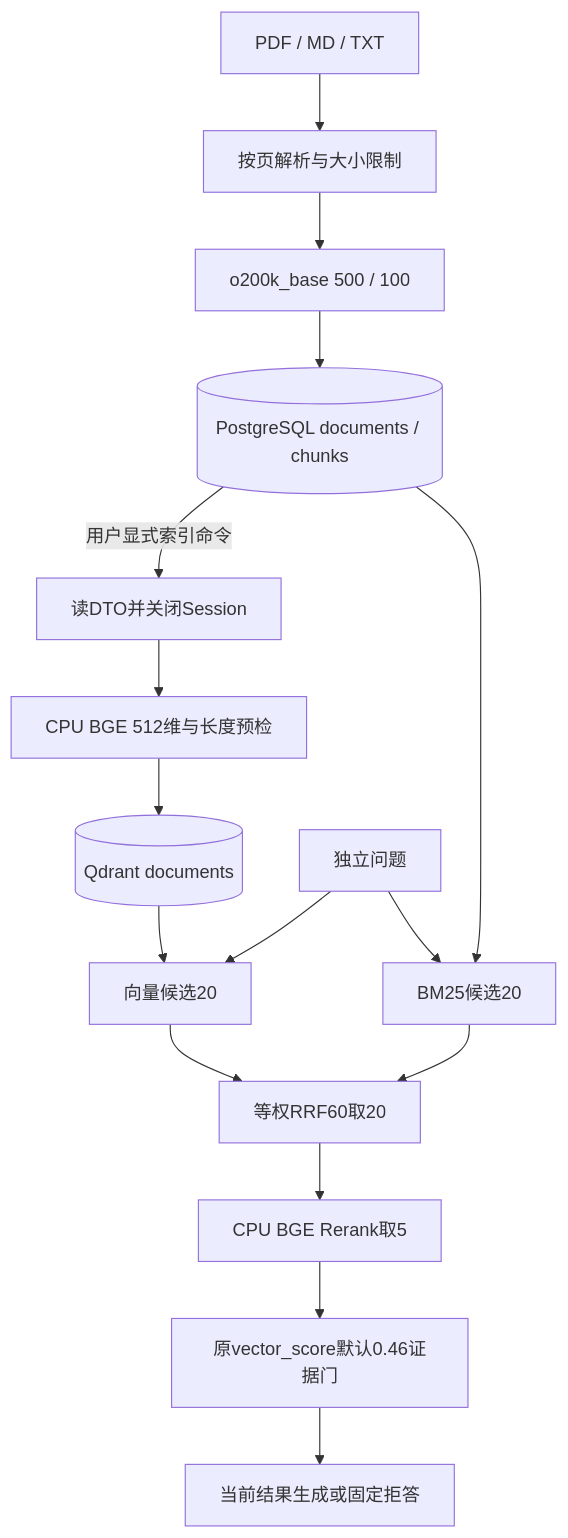
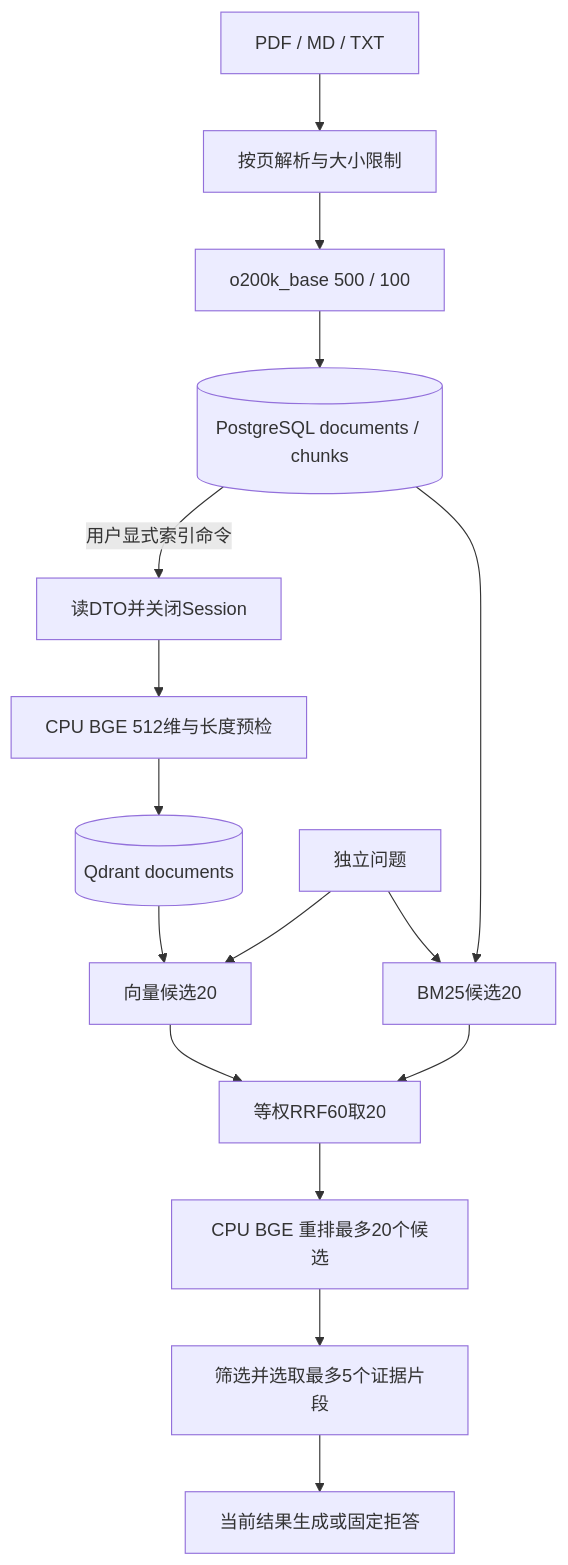
One commit to itysrw/rag-agent changed the fourth of 5 diagrams in docs/architecture.md. Above: the diagram before and after it, drawn with Mermaid. The commit also changed other lines of this file and 5 other files, not shown here.

```diff
--- a/docs/architecture.md
+++ b/docs/architecture.md
@@ -65,18 +92,18 @@
 ~~~mermaid
 flowchart TD
     Upload[PDF / MD / TXT] --> Parse[按页解析与大小限制]
     Parse --> Split[o200k_base 500 / 100]
     Split --> PG[(PostgreSQL documents / chunks)]
     PG -->|用户显式索引命令| Read[读DTO并关闭Session]
     Read --> BGE[CPU BGE 512维与长度预检]
     BGE --> Q[(Qdrant documents)]
     Question[独立问题] --> Vector[向量候选20]
     Q --> Vector
     Question --> BM25[BM25候选20]
     PG --> BM25
     Vector --> RRF[等权RRF60取20]
     BM25 --> RRF
-    RRF --> Rerank[CPU BGE Rerank取5]
-    Rerank --> Gate[原vector_score默认0.46证据门]
+    RRF --> Rerank[CPU BGE 重排最多20个候选]
+    Rerank --> Gate[筛选并选取最多5个证据片段]
     Gate --> Generate[当前结果生成或固定拒答]
 ~~~
```
